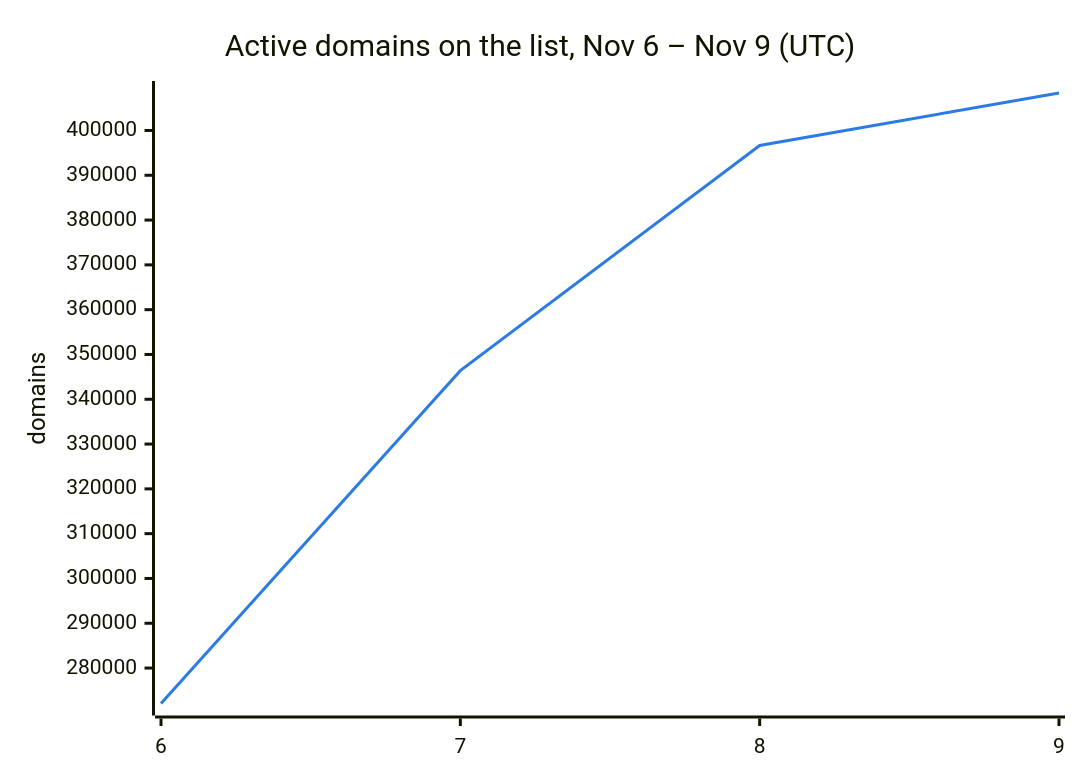
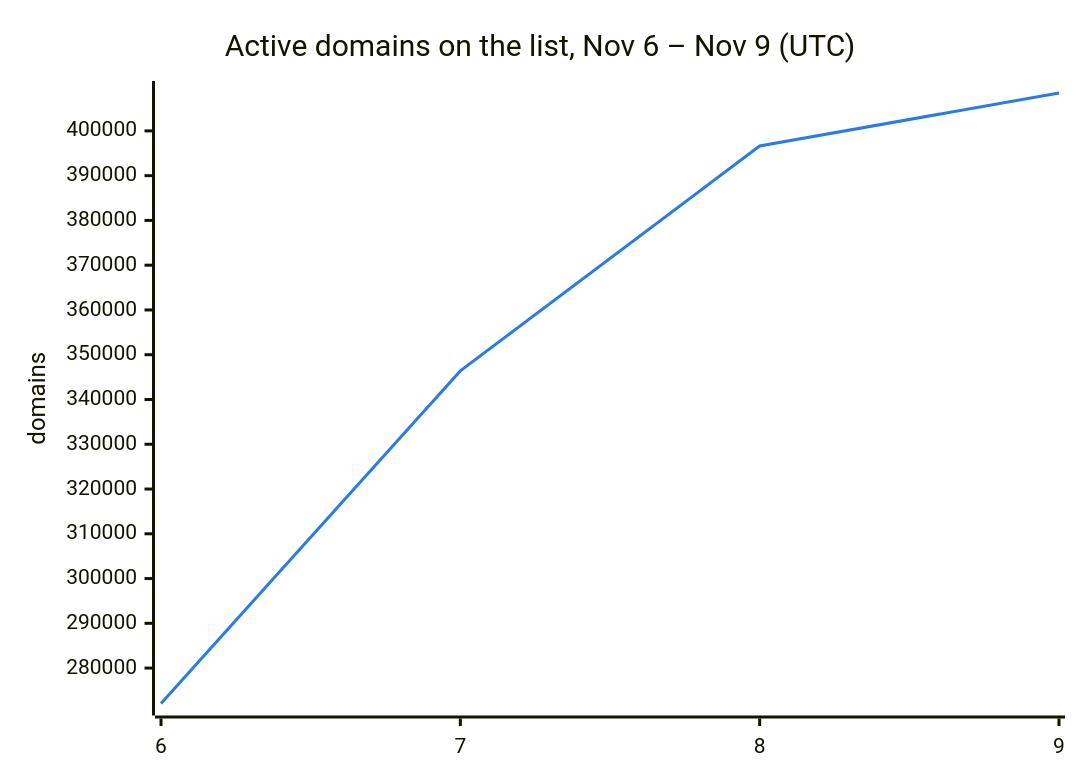
Before and after one commit to DNSBunker/CTI: the second of 3 diagrams in README.md, drawn with Mermaid. The commit also changed other lines of this file and 3 other files, not shown here.

````diff
--- a/README.md
+++ b/README.md
@@ -38,8 +38,8 @@
 ```mermaid
 %%{init: {"themeVariables": {"xyChart": {"plotColorPalette": "#2c7be5"}}}}%%
 xychart-beta
     title "Active domains on the list, Nov 6 – Nov 9 (UTC)"
     x-axis ["6", "7", "8", "9"]
     y-axis "domains"
-    line [272088, 346388, 396638, 408364]
+    line [272088, 346388, 396638, 408464]
 ```
````
